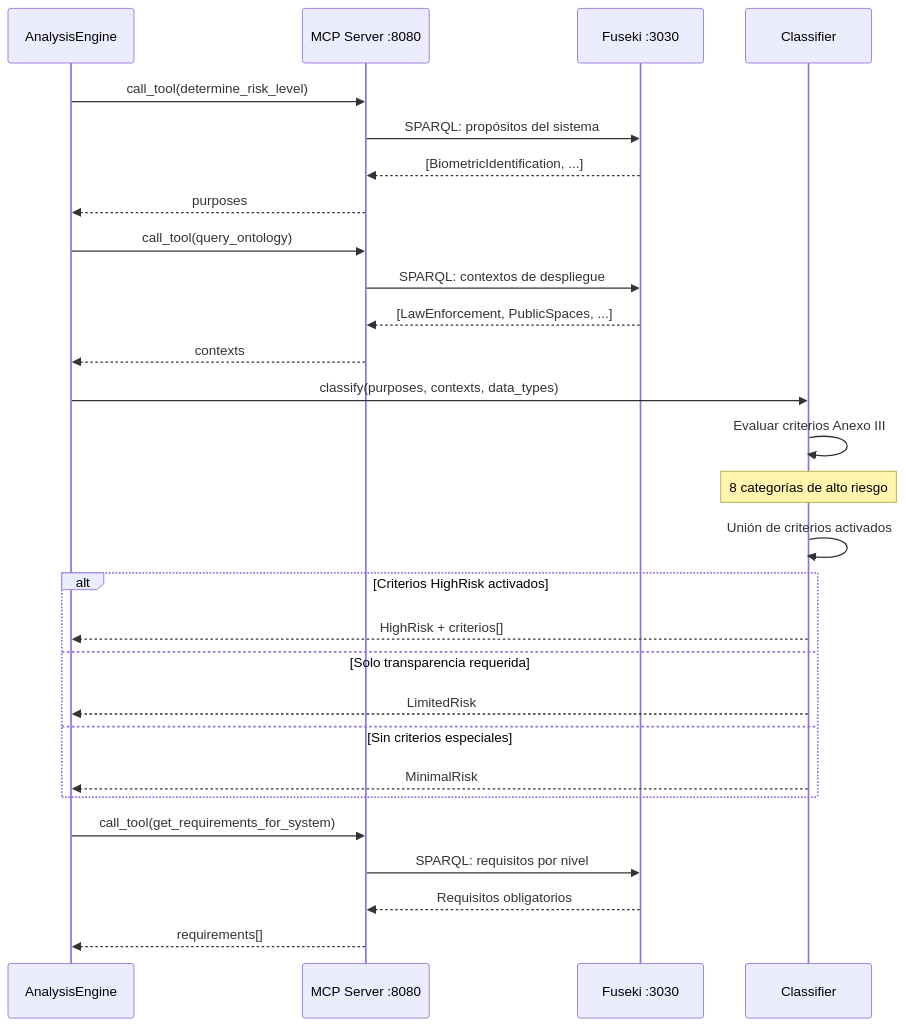
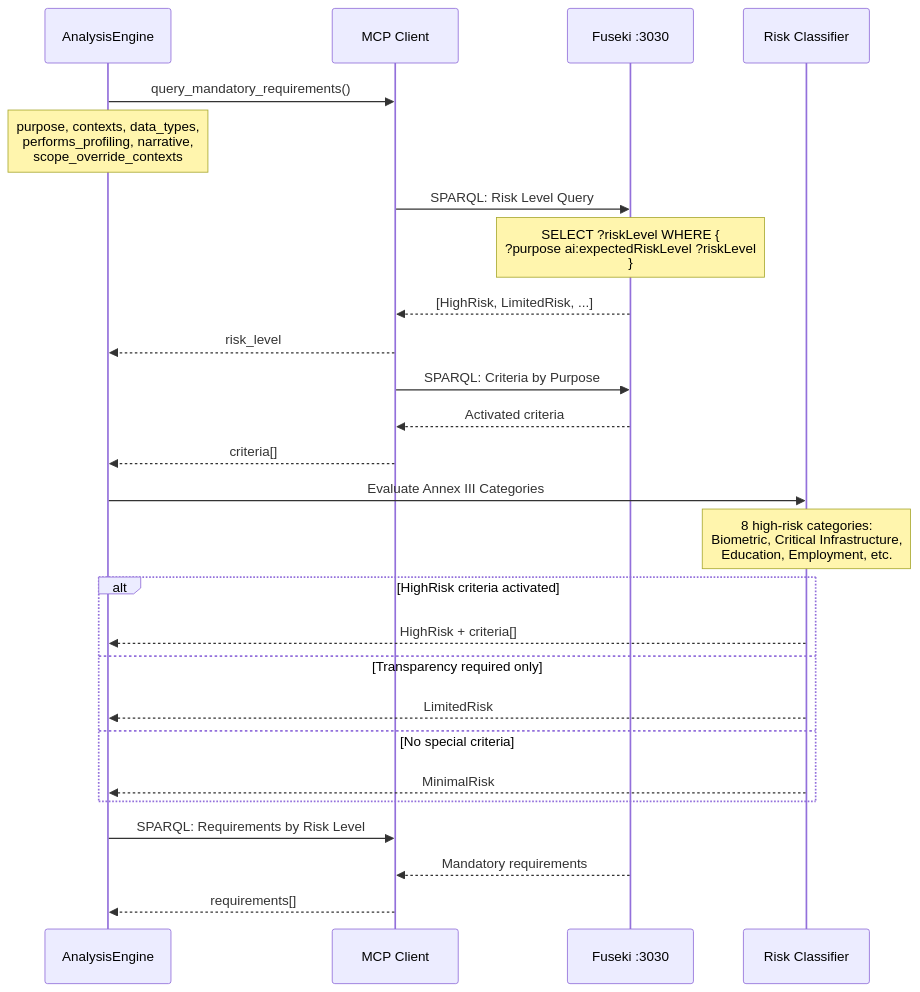
One commit to cartesiosson/ai_act_project changed the sixth of 7 diagrams in forensic_agent/README.md. Above: the diagram before and after it, drawn with Mermaid. The commit also changed other lines of this file, not shown here.

````diff
--- a/forensic_agent/README.md
+++ b/forensic_agent/README.md
@@ -311,37 +332,34 @@
 ```mermaid
 sequenceDiagram
     participant AE as AnalysisEngine
-    participant MCP as MCP Server :8080
+    participant MCP as MCP Client
     participant FK as Fuseki :3030
-    participant CL as Classifier
+    participant CL as Risk Classifier
 
-    AE->>MCP: call_tool(determine_risk_level)
-    MCP->>FK: SPARQL: propósitos del sistema
-    FK-->>MCP: [BiometricIdentification, ...]
-    MCP-->>AE: purposes
+    AE->>MCP: query_mandatory_requirements()
+    Note over AE: purpose, contexts, data_types,<br/>performs_profiling, narrative,<br/>scope_override_contexts
 
-    AE->>MCP: call_tool(query_ontology)
-    MCP->>FK: SPARQL: contextos de despliegue
-    FK-->>MCP: [LawEnforcement, PublicSpaces, ...]
-    MCP-->>AE: contexts
+    MCP->>FK: SPARQL: Risk Level Query
+    Note over FK: SELECT ?riskLevel WHERE {<br/>  ?purpose ai:expectedRiskLevel ?riskLevel<br/>}
+    FK-->>MCP: [HighRisk, LimitedRisk, ...]
+    MCP-->>AE: risk_level
 
-    AE->>CL: classify(purposes, contexts, data_types)
+    MCP->>FK: SPARQL: Criteria by Purpose
+    FK-->>MCP: Activated criteria
+    MCP-->>AE: criteria[]
 
-    CL->>CL: Evaluar criterios Anexo III
-    Note over CL: 8 categorías de alto riesgo
+    AE->>CL: Evaluate Annex III Categories
+    Note over CL: 8 high-risk categories:<br/>Biometric, Critical Infrastructure,<br/>Education, Employment, etc.
 
-    CL->>CL: Unión de criterios activados
-
-    alt Criterios HighRisk activados
-        CL-->>AE: HighRisk + criterios[]
-    else Solo transparencia requerida
+    alt HighRisk criteria activated
+        CL-->>AE: HighRisk + criteria[]
+    else Transparency required only
         CL-->>AE: LimitedRisk
-    else Sin criterios especiales
+    else No special criteria
         CL-->>AE: MinimalRisk
     end
 
-    AE->>MCP: call_tool(get_requirements_for_system)
-    MCP->>FK: SPARQL: requisitos por nivel
-    FK-->>MCP: Requisitos obligatorios
+    AE->>MCP: SPARQL: Requirements by Risk Level
+    FK-->>MCP: Mandatory requirements
     MCP-->>AE: requirements[]
 ```
````
